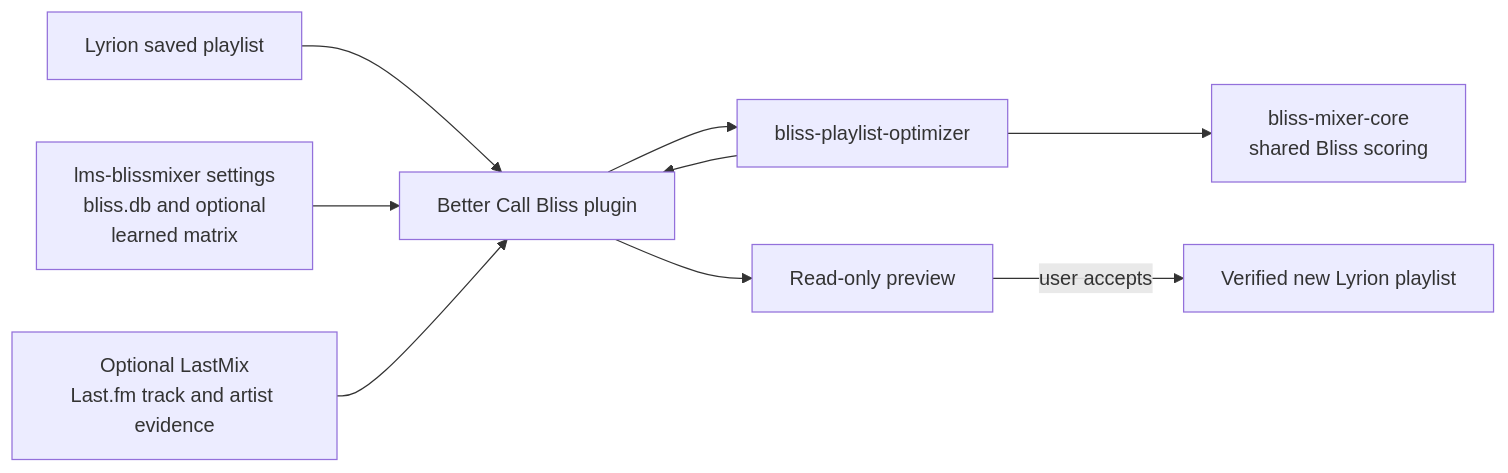
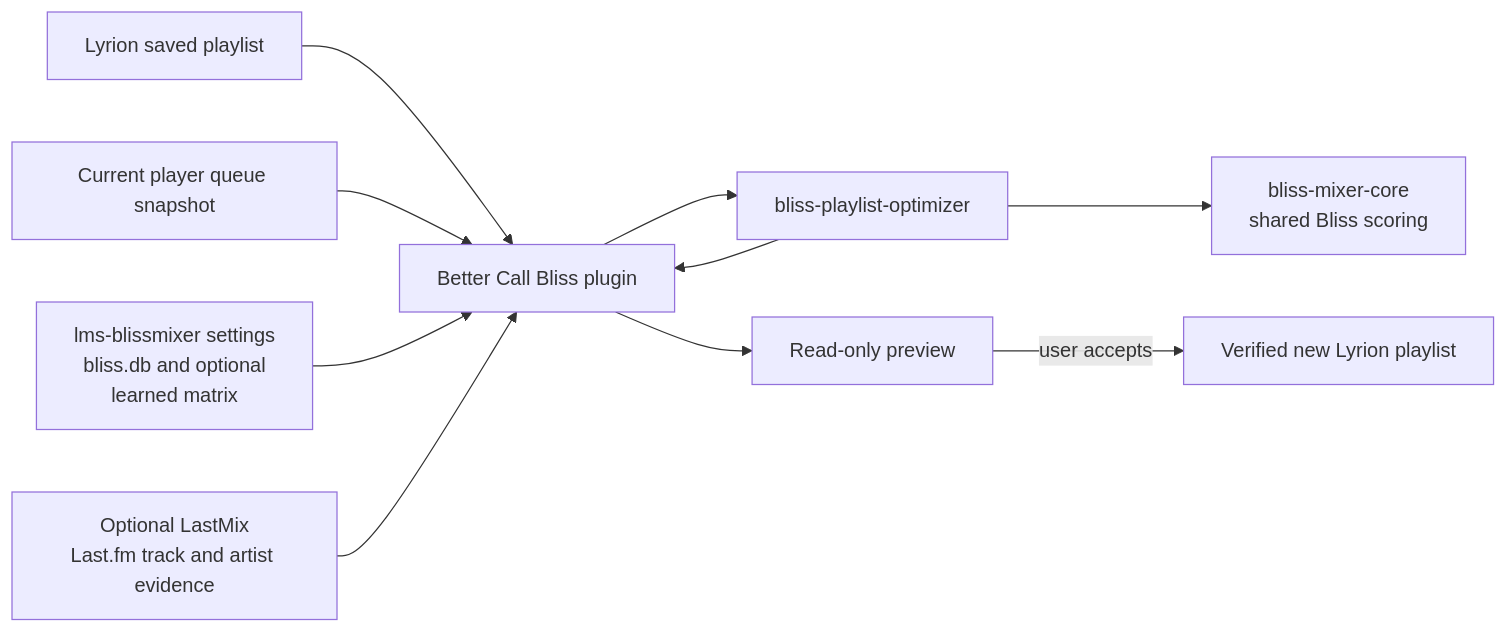
The diagram in README.md (chrober/lms-better-call-bliss), drawn with Mermaid before and after one commit. The commit also changed other lines of this file and 1 other file, not shown here.

Commit message:
Document player queue support

```diff
--- a/README.md
+++ b/README.md
@@ -119,11 +128,12 @@
 ~~~mermaid
 flowchart LR
     LMS["Lyrion saved playlist"] --> P["Better Call Bliss plugin"]
+    Q["Current player queue snapshot"] --> P
     BM["lms-blissmixer settings<br/>bliss.db and optional<br/>learned matrix"] --> P
     LM["Optional LastMix<br/>Last.fm track and artist evidence"] --> P
     P --> O["bliss-playlist-optimizer"]
     O --> C["bliss-mixer-core<br/>shared Bliss scoring"]
     O --> P
     P --> V["Read-only preview"]
     V -->|"user accepts"| N["Verified new Lyrion playlist"]
 ~~~
```
